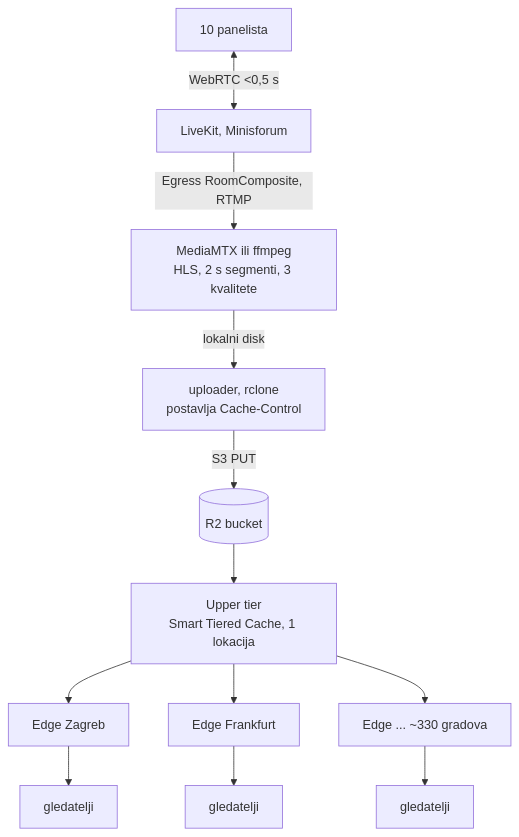
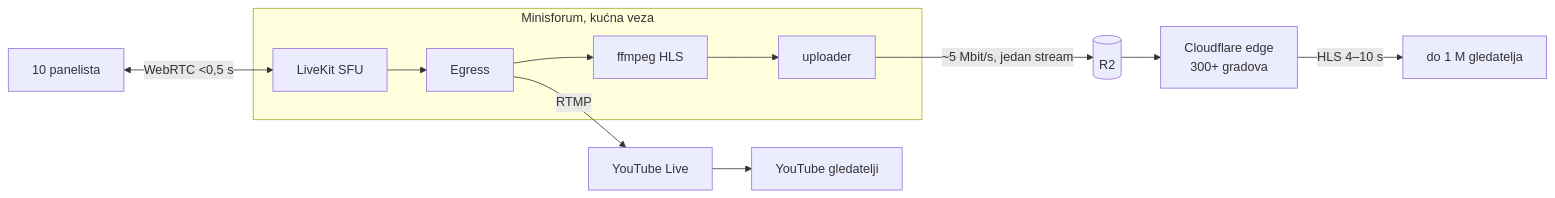
Before and after one commit to sspay/ss-meetcast: the first of 3 diagrams in docs/2026-10-26-distribucija-kroz-cloudflare-edge.md, drawn with Mermaid. The commit also changed other lines of this file and 2 other files, not shown here.

First line of the commit message:
docs(istrazivanje): R2 operacije, cache i HLS pipeline

````diff
--- a/docs/2026-10-26-distribucija-kroz-cloudflare-edge.md
+++ b/docs/2026-10-26-distribucija-kroz-cloudflare-edge.md
@@ -48,14 +26,12 @@
 ```mermaid
-flowchart TD
-  P[10 panelista] <-->|WebRTC <0,5 s| LK[LiveKit, Minisforum]
-  LK -->|Egress RoomComposite, RTMP| TX[MediaMTX ili ffmpeg<br/>HLS, 2 s segmenti, 3 kvalitete]
-  TX -->|lokalni disk| UP[uploader, rclone<br/>postavlja Cache-Control]
-  UP -->|S3 PUT| R2[(R2 bucket)]
-  R2 --> UT[Upper tier<br/>Smart Tiered Cache, 1 lokacija]
-  UT --> E1[Edge Zagreb]
-  UT --> E2[Edge Frankfurt]
-  UT --> E3[Edge ... ~330 gradova]
-  E1 --> V1[gledatelji]
-  E2 --> V2[gledatelji]
-  E3 --> V3[gledatelji]
+flowchart LR
+  subgraph Lokalno["Minisforum, kućna veza"]
+    LK[LiveKit SFU] --> EG[Egress] --> TX[ffmpeg HLS] --> UP[uploader]
+  end
+  P[10 panelista] <-->|"WebRTC <0,5 s"| LK
+  UP -->|"~5 Mbit/s, jedan stream"| R2[(R2)]
+  EG -->|RTMP| YT[YouTube Live]
+  R2 --> CF[Cloudflare edge<br/>300+ gradova]
+  CF -->|"HLS 4–10 s"| V[do 1 M gledatelja]
+  YT --> V2[YouTube gledatelji]
 ```
````
